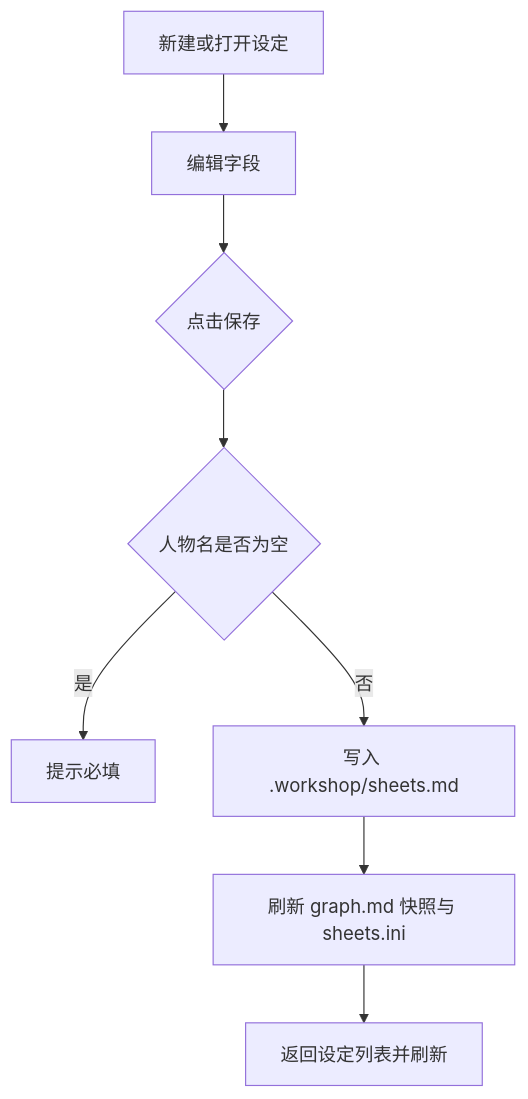
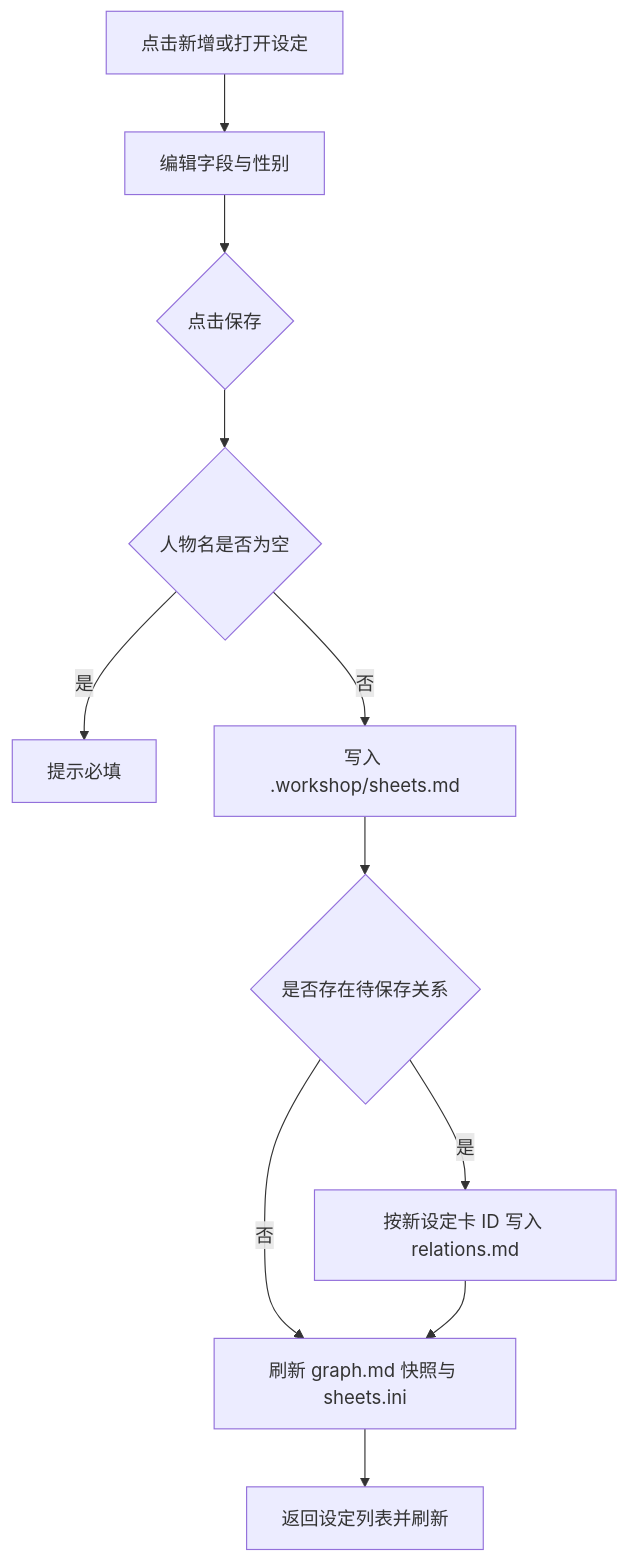
One commit to the-writer/creative-workshop changed the diagram in docs/prd/04-sheets-and-relations.md. Above: the diagram before and after it, drawn with Mermaid. The commit also changed other lines of this file and 12 other files, not shown here.

````diff
--- a/docs/prd/04-sheets-and-relations.md
+++ b/docs/prd/04-sheets-and-relations.md
@@ -39,10 +44,13 @@
 ```mermaid
 flowchart TD
-  A[新建或打开设定] --> B[编辑字段]
+  A[点击新增或打开设定] --> B[编辑字段与性别]
   B --> C{点击保存}
   C --> D{人物名是否为空}
   D -- 是 --> E[提示必填]
   D -- 否 --> F[写入 .workshop/sheets.md]
-  F --> G[刷新 graph.md 快照与 sheets.ini]
-  G --> H[返回设定列表并刷新]
+  F --> G{是否存在待保存关系}
+  G -- 是 --> H[按新设定卡 ID 写入 relations.md]
+  G -- 否 --> I[刷新 graph.md 快照与 sheets.ini]
+  H --> I
+  I --> J[返回设定列表并刷新]
 ```
````
